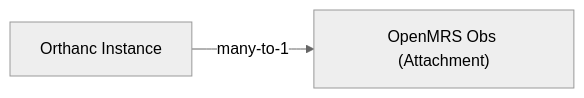
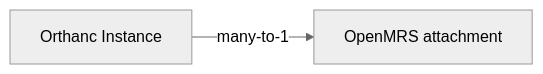
One commit to ozone-his/ozone-docs changed the fourth of 4 diagrams in docs/users/openmrs-orthanc.md. Above: the diagram before and after it, drawn with Mermaid (neutral theme). The commit also changed other lines of this file, not shown here.

Commit message:
Expanded OpenMRS-Orthanc Flows.

````diff
--- a/docs/users/openmrs-orthanc.md
+++ b/docs/users/openmrs-orthanc.md
@@ -33,4 +58,4 @@
 ``` mermaid
 flowchart LR
-    a["Orthanc Instance"]-- many-to-1 -->b["OpenMRS Obs (Attachment)"]
+    a["Orthanc Instance"]-- many-to-1 -->b["OpenMRS attachment"]
 ```
````
